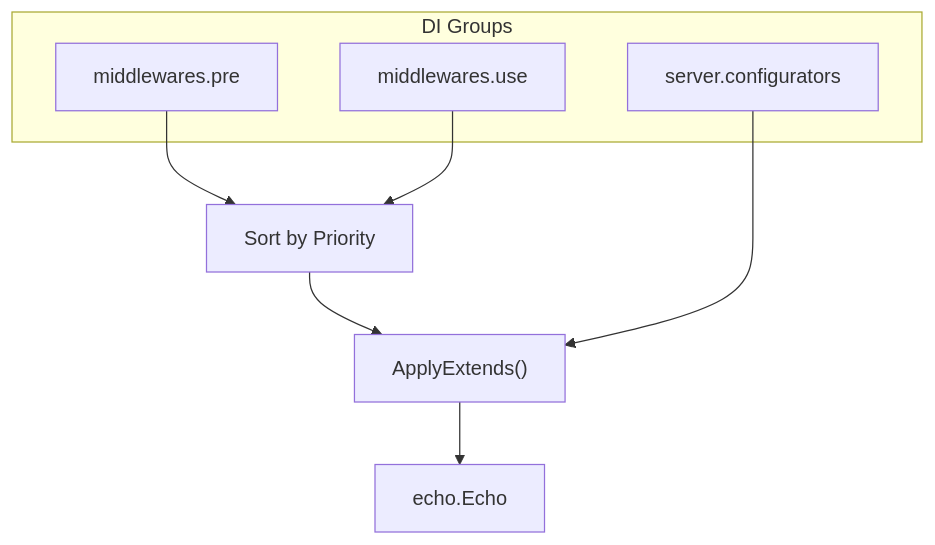
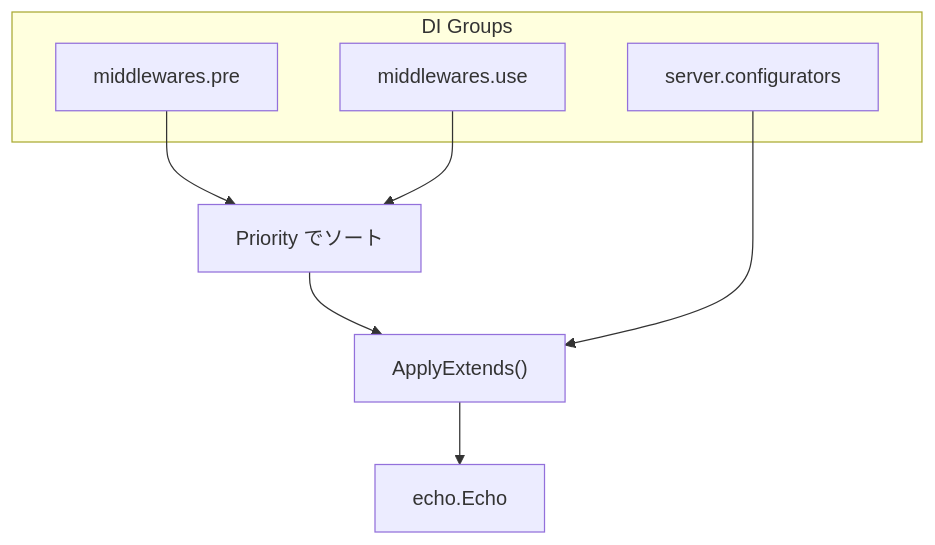
Before and after one commit to Tomy-ch/go-boilerplate: the diagram in internal/di/server/extension/README.md, drawn with Mermaid. The commit also changed other lines of this file and 970 other files, not shown here.

````diff
--- a/internal/di/server/extension/README.md
+++ b/internal/di/server/extension/README.md
@@ -9,14 +9,14 @@
 ```mermaid
 flowchart TB
     subgraph "DI Groups"
         Pre["middlewares.pre"]
         Use["middlewares.use"]
         Cfg["server.configurators"]
     end
 
-    Pre --> Sort["Sort by Priority"]
+    Pre --> Sort["Priority でソート"]
     Use --> Sort
     Sort --> Apply["ApplyExtends()"]
     Cfg --> Apply
     Apply --> Echo["echo.Echo"]
 ```
````
